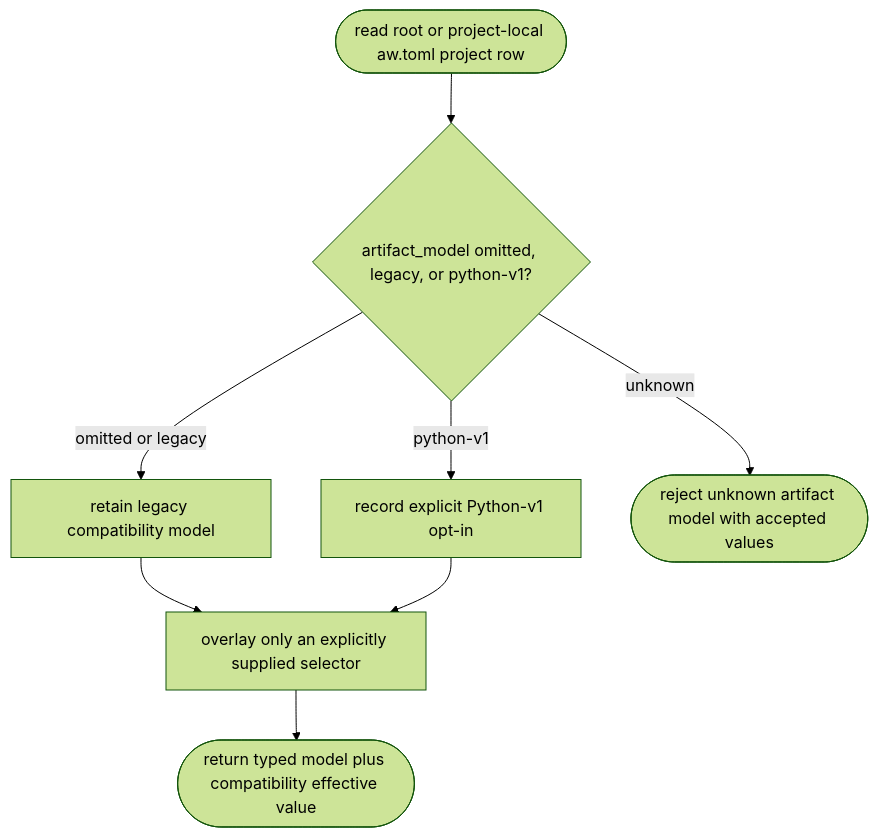
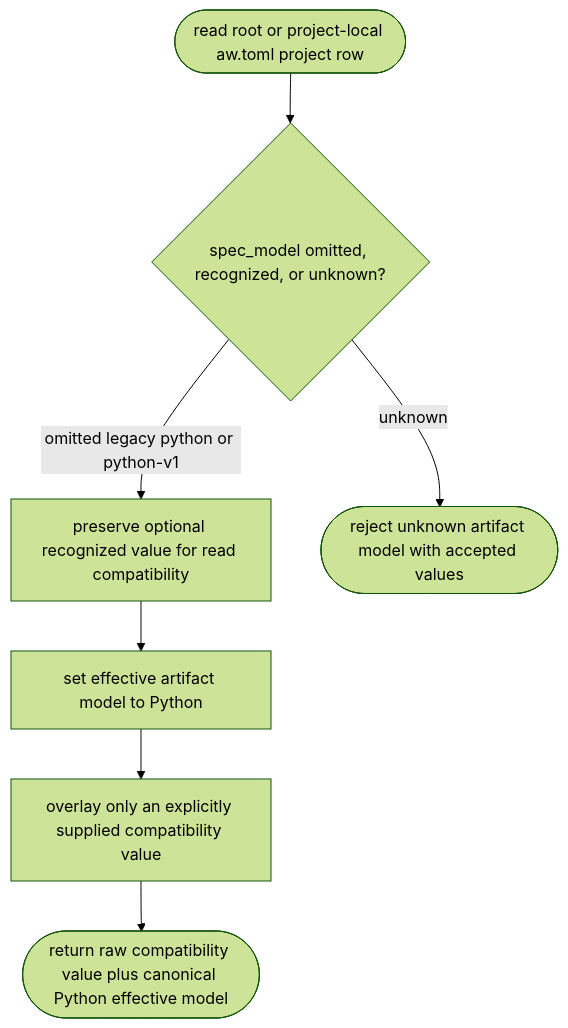
Before and after one commit to chrischeng-c4/axiom: the first of 2 diagrams in apps/agentic-workflow/tech-design/core/logic/python-artifact-model-selector.md, drawn with Mermaid (forest theme). The commit also changed other lines of this file and 9 other files, not shown here.

First line of the commit message:
fix(aw): make Python artifacts the canonical model

````diff
--- a/apps/agentic-workflow/tech-design/core/logic/python-artifact-model-selector.md
+++ b/apps/agentic-workflow/tech-design/core/logic/python-artifact-model-selector.md
@@ -19,30 +19,28 @@
 ```mermaid
 ---
 id: aw-python-artifact-model-selector
 entry: parse
 nodes:
   parse: { kind: start, label: "read root or project-local aw.toml project row" }
-  value: { kind: decision, label: "artifact_model omitted, legacy, or python-v1?" }
-  legacy: { kind: process, label: "retain legacy compatibility model" }
-  python: { kind: process, label: "record explicit Python-v1 opt-in" }
-  merge: { kind: process, label: "overlay only an explicitly supplied selector" }
+  value: { kind: decision, label: "spec_model omitted, recognized, or unknown?" }
+  preserve: { kind: process, label: "preserve optional recognized value for read compatibility" }
+  python: { kind: process, label: "set effective artifact model to Python" }
+  merge: { kind: process, label: "overlay only an explicitly supplied compatibility value" }
   reject: { kind: terminal, label: "reject unknown artifact model with accepted values" }
-  accepted: { kind: terminal, label: "return typed model plus compatibility effective value" }
+  accepted: { kind: terminal, label: "return raw compatibility value plus canonical Python effective model" }
 edges:
   - { from: parse, to: value }
-  - { from: value, to: legacy, label: "omitted or legacy" }
-  - { from: value, to: python, label: "python-v1" }
+  - { from: value, to: preserve, label: "omitted, legacy, python, or python-v1" }
   - { from: value, to: reject, label: "unknown" }
-  - { from: legacy, to: merge }
+  - { from: preserve, to: python }
   - { from: python, to: merge }
   - { from: merge, to: accepted }
 ---
 flowchart TD
-  parse([read root or project-local aw.toml project row]) --> value{artifact_model omitted, legacy, or python-v1?}
-  value -->|omitted or legacy| legacy[retain legacy compatibility model]
-  value -->|python-v1| python[record explicit Python-v1 opt-in]
+  parse([read root or project-local aw.toml project row]) --> value{spec_model omitted, recognized, or unknown?}
+  value -->|omitted legacy python or python-v1| preserve[preserve optional recognized value for read compatibility]
   value -->|unknown| reject([reject unknown artifact model with accepted values])
-  legacy --> merge[overlay only an explicitly supplied selector]
-  python --> merge
-  merge --> accepted([return typed model plus compatibility effective value])
+  preserve --> python[set effective artifact model to Python]
+  python --> merge[overlay only an explicitly supplied compatibility value]
+  merge --> accepted([return raw compatibility value plus canonical Python effective model])
 ```
````
